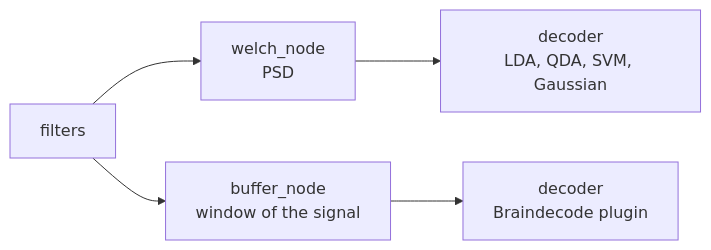
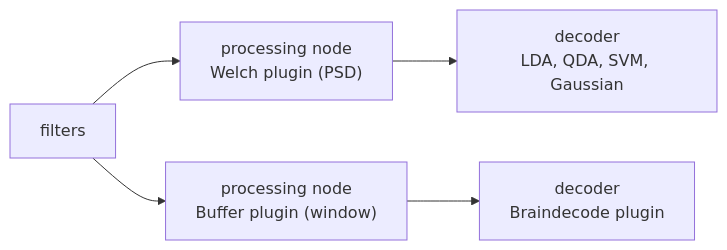
One commit to ros2neuro/docs changed the diagram in docs/concepts/architecture.md. Above: the diagram before and after it, drawn with Mermaid. The commit also changed other lines of this file and 76 other files, not shown here.

````diff
--- a/docs/concepts/architecture.md
+++ b/docs/concepts/architecture.md
@@ -57,5 +57,5 @@
 ```mermaid
 flowchart LR
-    FIL["filters"] --> WEL["welch_node<br/>PSD"] --> CLA["decoder<br/>LDA, QDA, SVM, Gaussian"]
-    FIL --> BUF["buffer_node<br/>window of the signal"] --> DL["decoder<br/>Braindecode plugin"]
+    FIL["filters"] --> WEL["processing node<br/>Welch plugin (PSD)"] --> CLA["decoder<br/>LDA, QDA, SVM, Gaussian"]
+    FIL --> BUF["processing node<br/>Buffer plugin (window)"] --> DL["decoder<br/>Braindecode plugin"]
 ```
````
